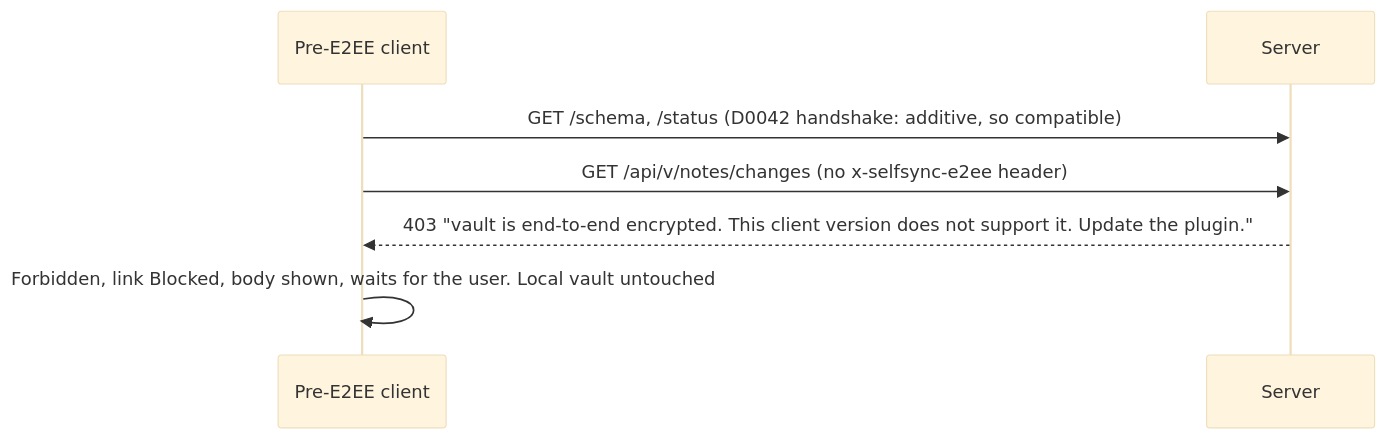
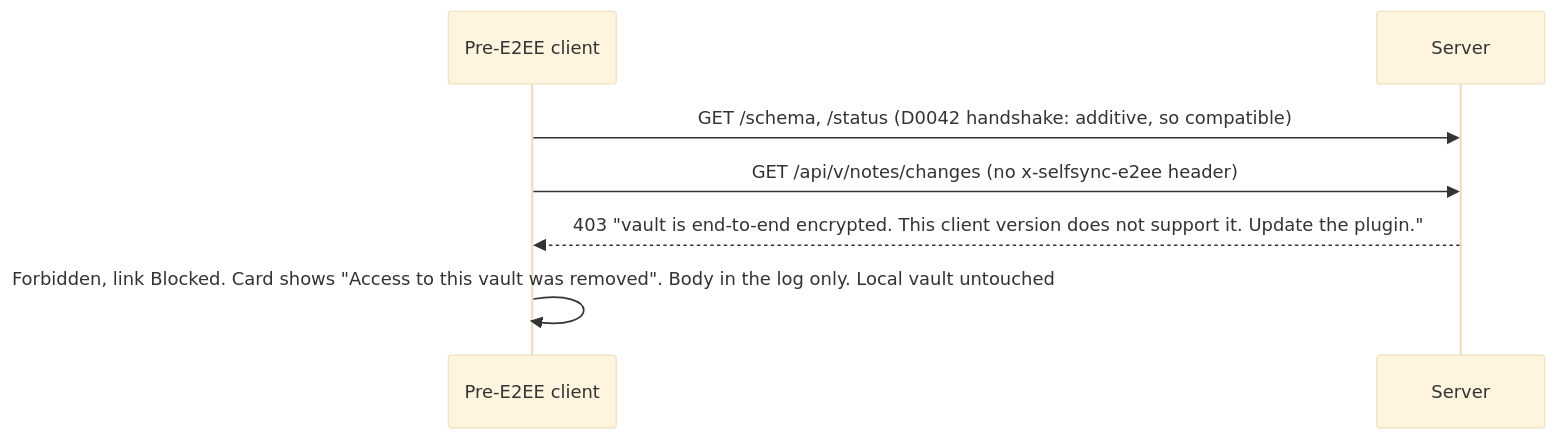
One commit to williamweatherholtz/obsidian-selfsync changed the fourth of 4 diagrams in docs/design/specs/2026-11-10-e2ee-design.md. Above: the diagram before and after it, drawn with Mermaid (base theme). The commit also changed other lines of this file and 17 other files, not shown here.

````diff
--- a/docs/design/specs/2026-11-10-e2ee-design.md
+++ b/docs/design/specs/2026-11-10-e2ee-design.md
@@ -343,9 +398,9 @@
 ```mermaid
 sequenceDiagram
     participant O as Pre-E2EE client
     participant S as Server
     O->>S: GET /schema, /status  (D0042 handshake: additive, so compatible)
     O->>S: GET /api/v/notes/changes   (no x-selfsync-e2ee header)
     S-->>O: 403 "vault is end-to-end encrypted. This client version does not support it. Update the plugin."
-    O->>O: Forbidden, link Blocked, body shown, waits for the user. Local vault untouched
+    O->>O: Forbidden, link Blocked. Card shows "Access to this vault was removed". Body in the log only. Local vault untouched
 ```
````
